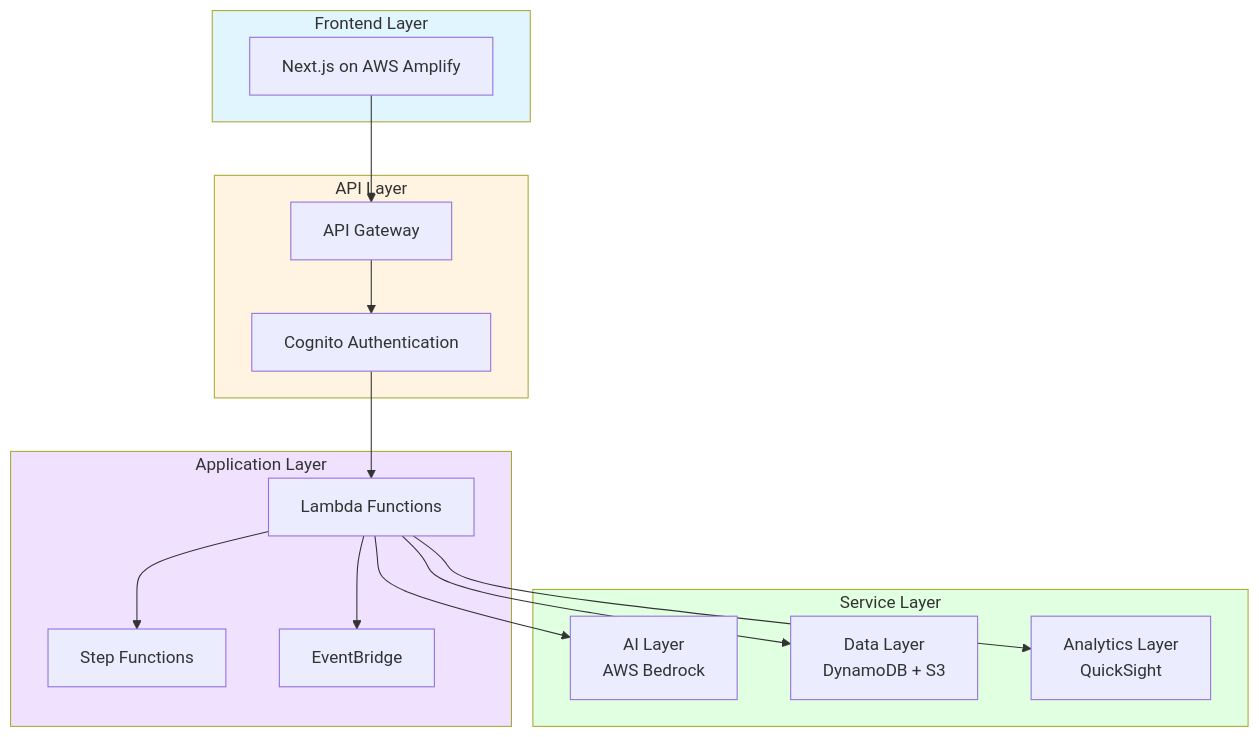
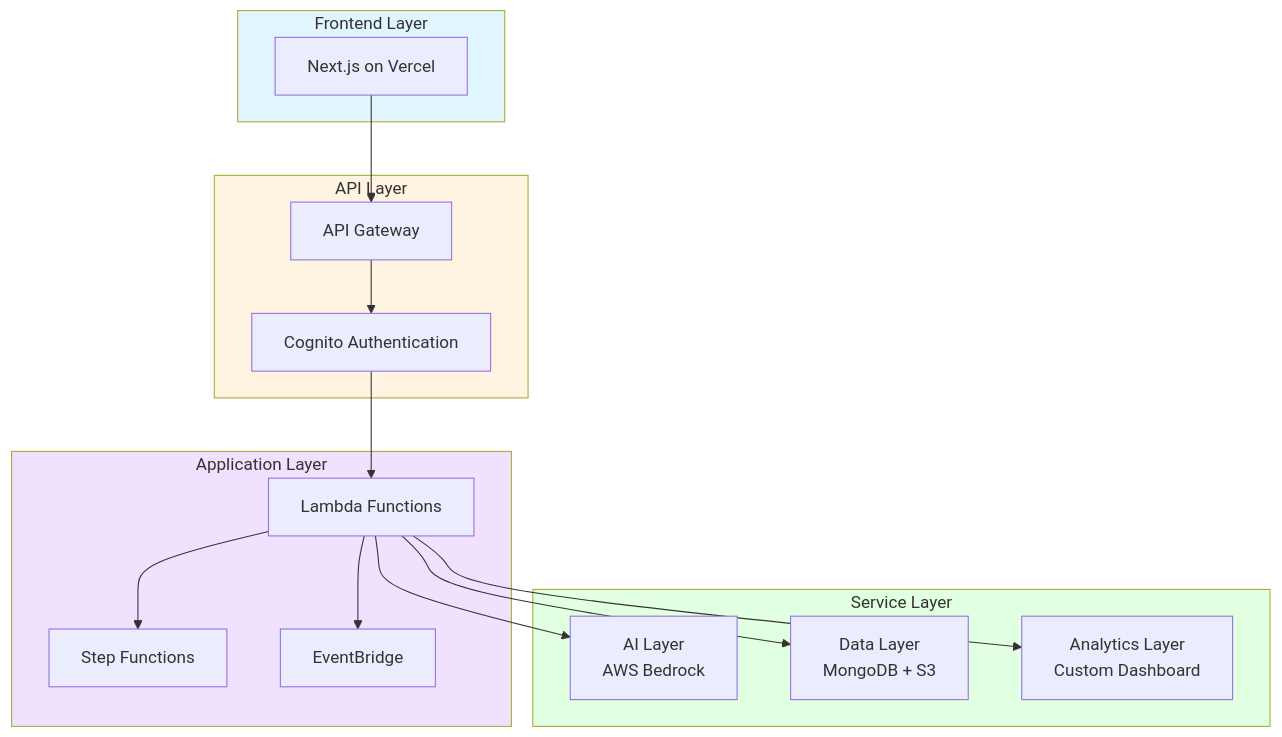
Before and after one commit to NL0711/Develophers-AIForBharat: the first of 3 diagrams in design.md, drawn with Mermaid. The commit also changed other lines of this file and 2 other files, not shown here.

````diff
--- a/design.md
+++ b/design.md
@@ -27,37 +27,37 @@
 ```mermaid
 graph TB
     subgraph Frontend["Frontend Layer"]
-        UI[Next.js on AWS Amplify]
+        UI[Next.js on Vercel]
     end
     
     subgraph API["API Layer"]
         Gateway[API Gateway]
         Auth[Cognito Authentication]
     end
     
     subgraph Application["Application Layer"]
         Lambda[Lambda Functions]
         StepFn[Step Functions]
         EventBridge[EventBridge]
     end
     
     subgraph Services["Service Layer"]
         AI[AI Layer<br/>AWS Bedrock]
-        Data[Data Layer<br/>DynamoDB + S3]
-        Analytics[Analytics Layer<br/>QuickSight]
+        Data[Data Layer<br/>MongoDB + S3]
+        Analytics[Analytics Layer<br/>Custom Dashboard]
     end
     
     UI --> Gateway
     Gateway --> Auth
     Auth --> Lambda
     Lambda --> StepFn
     Lambda --> EventBridge
     Lambda --> AI
     Lambda --> Data
     Lambda --> Analytics
     
     style Frontend fill:#e1f5ff
     style API fill:#fff4e1
     style Application fill:#f0e1ff
     style Services fill:#e1ffe1
 ```
````
